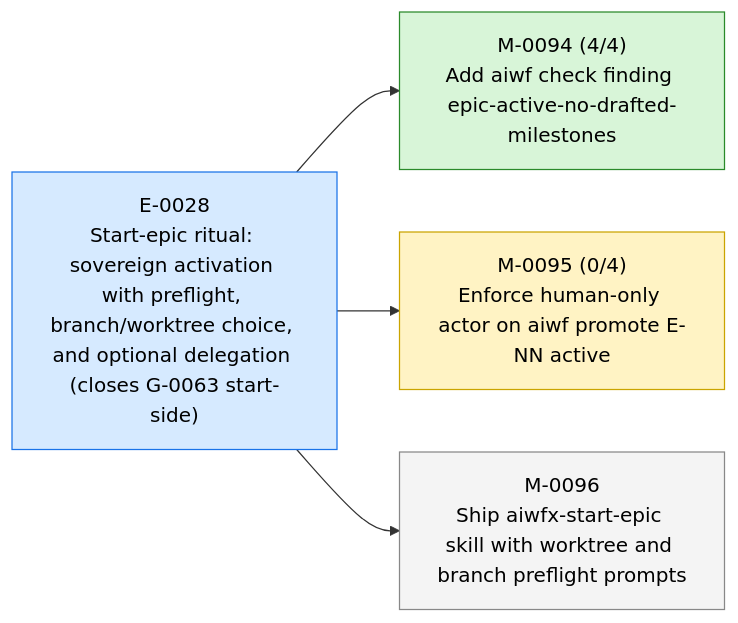
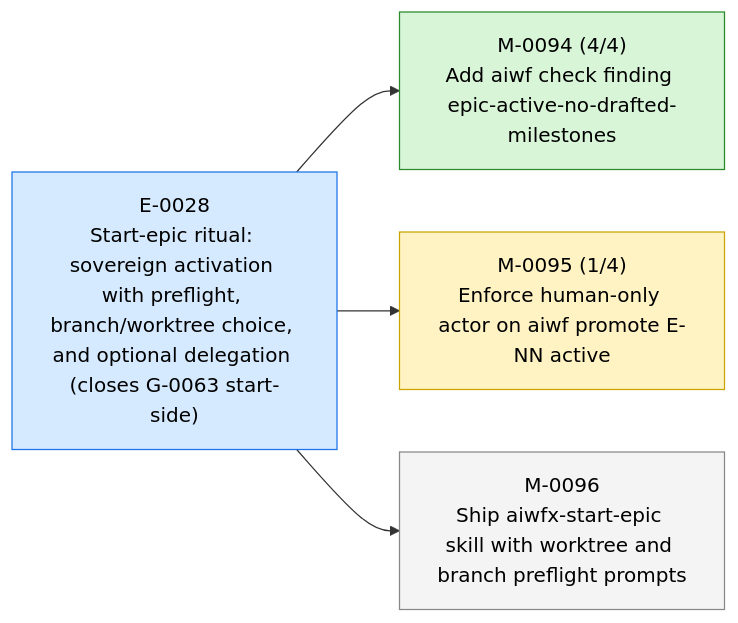
One commit to 23min/aiwf changed the first of 3 diagrams in STATUS.md. Above: the diagram before and after it, drawn with Mermaid. The commit also changed other lines of this file and 1 other file, not shown here.

First line of the commit message:
aiwf promote M-0095/AC-1 open -> met

````diff
--- a/STATUS.md
+++ b/STATUS.md
@@ -15,16 +15,16 @@
 ```mermaid
 flowchart LR
   E_0028["E-0028<br/>Start-epic ritual: sovereign activation with preflight, branch/worktree choice, and optional delegation (closes G-0063 start-side)"]:::epic_active
   M_0094["M-0094 (4/4)<br/>Add aiwf check finding epic-active-no-drafted-milestones"]:::ms_done
   E_0028 --> M_0094
-  M_0095["M-0095 (0/4)<br/>Enforce human-only actor on aiwf promote E-NN active"]:::ms_in_progress
+  M_0095["M-0095 (1/4)<br/>Enforce human-only actor on aiwf promote E-NN active"]:::ms_in_progress
   E_0028 --> M_0095
   M_0096["M-0096<br/>Ship aiwfx-start-epic skill with worktree and branch preflight prompts"]:::ms_draft
   E_0028 --> M_0096
   classDef epic_active fill:#d6eaff,stroke:#1a73e8,color:#000
   classDef epic_proposed fill:#f4f4f4,stroke:#888,color:#000
   classDef ms_done fill:#d8f5d8,stroke:#2a8a2a,color:#000
   classDef ms_in_progress fill:#fff3c4,stroke:#caa400,color:#000
   classDef ms_draft fill:#f4f4f4,stroke:#888,color:#000
   classDef ms_cancelled fill:#fbeaea,stroke:#c33,color:#000
 ```
````
